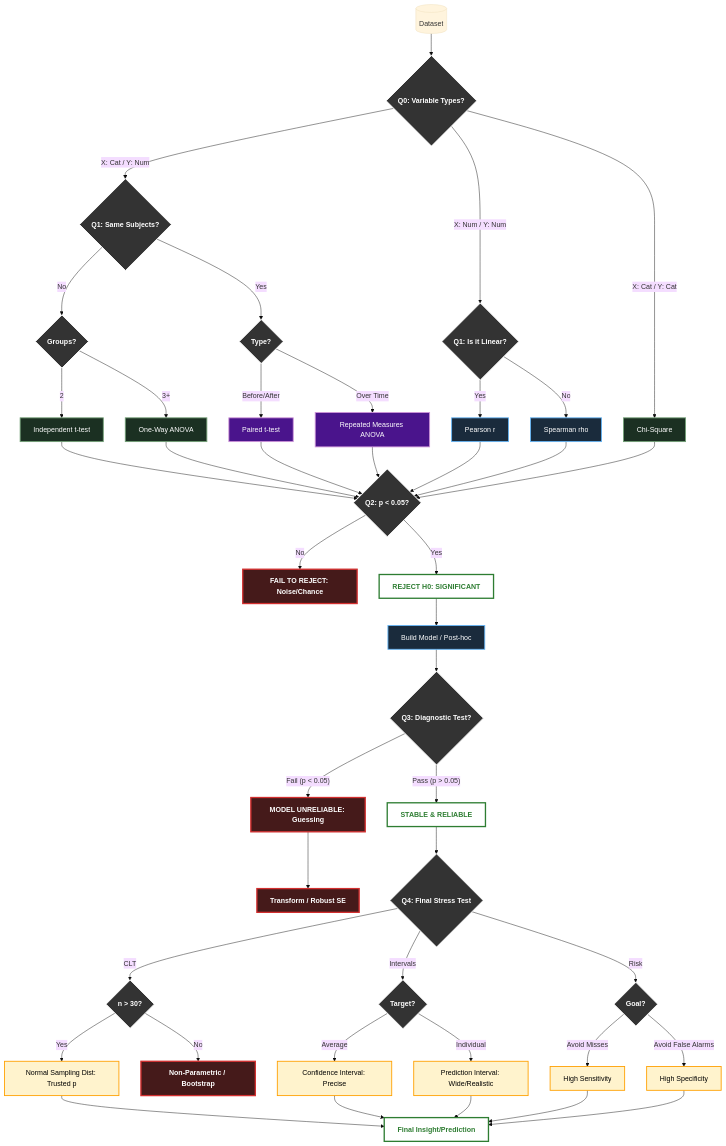
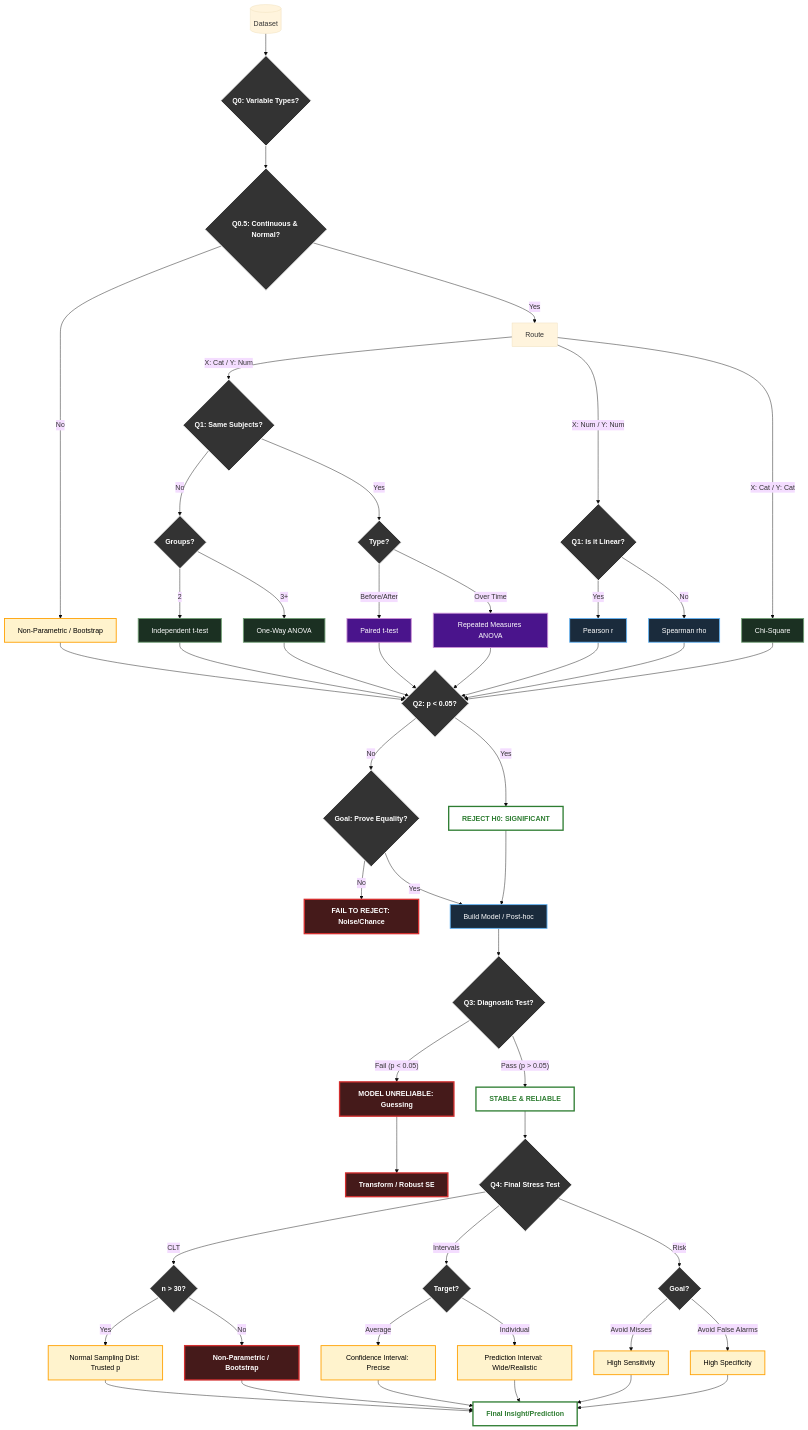
Before and after one commit to susanavenda/data_cambridge: the first of 12 diagrams in README.md, drawn with Mermaid (base theme). The commit also changed other lines of this file, not shown here.

Commit message:
extra info

````diff
--- a/README.md
+++ b/README.md
@@ -20,72 +19,80 @@
 ```mermaid
-graph TD
+    graph TD
     %% STYLE DEFINITIONS
     classDef gate fill:#333333,stroke:#fff,stroke-width:2px,color:#fff,font-weight:bold;
     classDef categorical fill:#1b3022,stroke:#72a076,stroke-width:2px,color:#fff;
     classDef numerical fill:#1a2b3c,stroke:#64b5f6,stroke-width:2px,color:#fff;
     classDef success fill:#ffffff,stroke:#2e7d32,stroke-width:3px,color:#2e7d32,font-weight:bold;
     classDef error fill:#451a1a,stroke:#d32f2f,stroke-width:3px,color:#ffffff,font-weight:bold;
     classDef diagnostic fill:#fff3cd,stroke:#ffa000,stroke-width:2px,color:#000;
     classDef time fill:#4a148c,stroke:#ce93d8,stroke-width:2px,color:#fff;
 
-    %% 0. DATA TYPE GATE
+    %% 0. DATA TYPE & ASSUMPTIONS
     Start[(Dataset)] --> TypeGate{Q0: Variable Types?}
+    
+    TypeGate --> Assumption{Q0.5: Continuous & Normal?}
+    Assumption -- "No" --> NonParam["Non-Parametric / Bootstrap"]
+    Assumption -- "Yes" --> Route
 
-    %% ROUTES
-    TypeGate -- "X: Cat / Y: Num" --> Independent{Q1: Same Subjects?}
+    %% ROUTES (Original Logic)
+    Route -- "X: Cat / Y: Num" --> Independent{Q1: Same Subjects?}
     Independent -- "No" --> Groups{Groups?}
     Groups -- "2" --> TTest["Independent t-test"]
     Groups -- "3+" --> ANOVA["One-Way ANOVA"]
     Independent -- "Yes" --> Time{Type?}
     Time -- "Before/After" --> Paired["Paired t-test"]
     Time -- "Over Time" --> RepANOVA["Repeated Measures ANOVA"]
 
-    TypeGate -- "X: Num / Y: Num" --> Linear{Q1: Is it Linear?}
+    Route -- "X: Num / Y: Num" --> Linear{Q1: Is it Linear?}
     Linear -- "Yes" --> Pearson["Pearson r"]
     Linear -- "No" --> Spearman["Spearman rho"]
 
-    TypeGate -- "X: Cat / Y: Cat" --> Chi2["Chi-Square"]
+    Route -- "X: Cat / Y: Cat" --> Chi2["Chi-Square"]
 
-    %% 1. SIGNIFICANCE GATE
-    TTest & ANOVA & Pearson & Spearman & Chi2 & Paired & RepANOVA --> SigGate{Q2: p < 0.05?}
-    SigGate -- "No" --> H0["FAIL TO REJECT: Noise/Chance"]
+    %% 1. SIGNIFICANCE GATE + EQUIVALENCE
+    TTest & ANOVA & Pearson & Spearman & Chi2 & Paired & RepANOVA & NonParam --> SigGate{Q2: p < 0.05?}
+    
+    SigGate -- "No" --> BizGoal{Goal: Prove Equality?}
+    BizGoal -- "No" --> H0["FAIL TO REJECT: Noise/Chance"]
+    BizGoal -- "Yes" --> Model["Build Model / Post-hoc"]
+    
     SigGate -- "Yes" --> H1["REJECT H0: SIGNIFICANT"]
+    H1 --> Model
 
     %% 2. THE QUALITY FILTER
-    H1 --> Model["Build Model / Post-hoc"]
     Model --> BP{Q3: Diagnostic Test?}
     BP -- "Fail (p < 0.05)" --> Guess["MODEL UNRELIABLE: Guessing"]
     BP -- "Pass (p > 0.05)" --> Stable["STABLE & RELIABLE"]
     Guess --> Transform["Transform / Robust SE"]
 
     %% 3. REFINED FINAL DIAGNOSTIC CHECKPOINTS
     Stable --> CheckGate{Q4: Final Stress Test}
 
     %% CLT BRANCH
     CheckGate -- "CLT" --> NCheck{n > 30?}
     NCheck -- "Yes" --> Normal["Normal Sampling Dist: Trusted p"]
-    NCheck -- "No" --> NonParam["Non-Parametric / Bootstrap"]
+    NCheck -- "No" --> NonParamBranch["Non-Parametric / Bootstrap"]
 
     %% INTERVAL BRANCH
     CheckGate -- "Intervals" --> Goal{Target?}
     Goal -- "Average" --> CI["Confidence Interval: Precise"]
     Goal -- "Individual" --> PI["Prediction Interval: Wide/Realistic"]
 
-    %% RISK BRANCH
+    %% RISK BRANCH (Sensitivity/Specificity)
     CheckGate -- "Risk" --> Tradeoff{Goal?}
     Tradeoff -- "Avoid Misses" --> Sens["High Sensitivity"]
     Tradeoff -- "Avoid False Alarms" --> Spec["High Specificity"]
 
     %% CONVERGENCE
-    Normal & CI & PI & Sens & Spec --> Deploy["Final Insight/Prediction"]
+    Normal & CI & PI & Sens & Spec & NonParamBranch --> Deploy["Final Insight/Prediction"]
 
     %% APPLY CLASSES
-    class TypeGate,Independent,Groups,Time,Linear,SigGate,BP,CheckGate,NCheck,Goal,Tradeoff gate;
+    class TypeGate,Assumption,Independent,Groups,Time,Linear,SigGate,BizGoal,BP,CheckGate,NCheck,Goal,Tradeoff gate;
     class TTest,ANOVA,Chi2 categorical;
     class Pearson,Spearman,Model numerical;
     class Paired,RepANOVA time;
     class H1,Stable,Deploy success;
-    class H0,Guess,Transform,NonParam error;
-    class Normal,CI,PI,Sens,Spec diagnostic;
+    class H0,Guess,Transform,NonParamBranch error;
+    class Normal,CI,PI,Sens,Spec,NonParam diagnostic;
   
 ```
````
